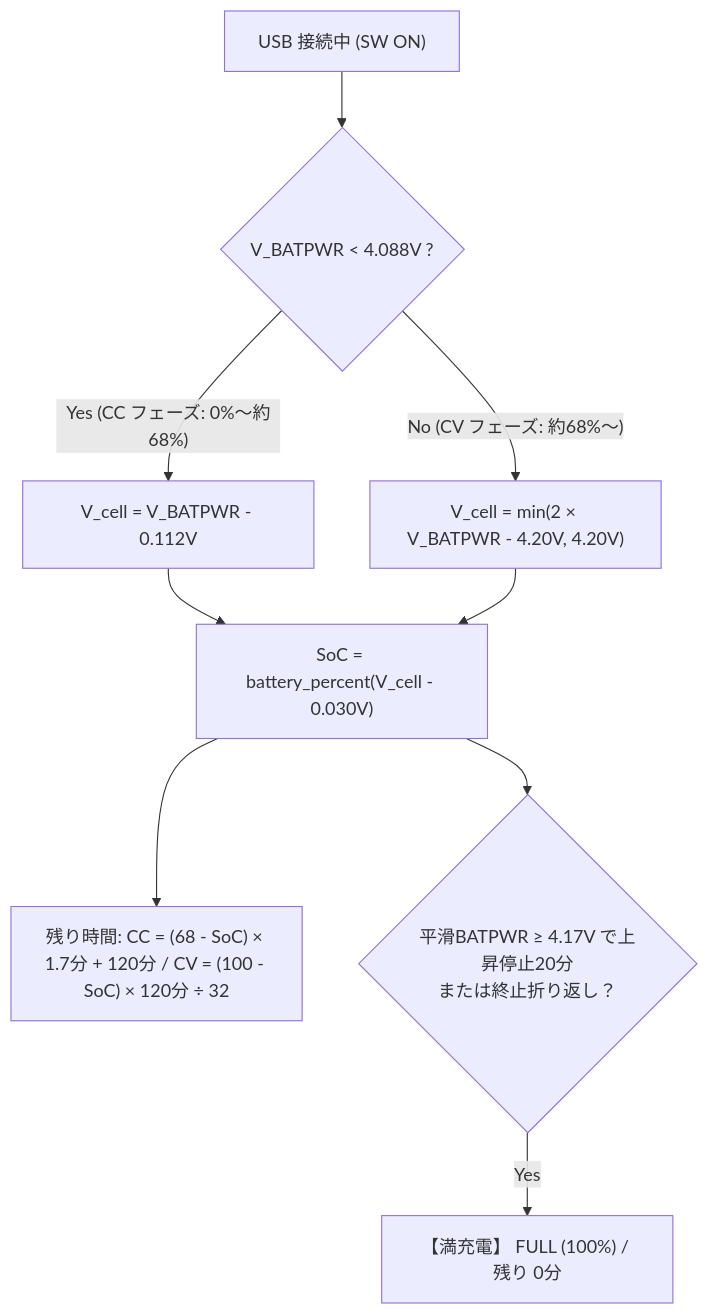
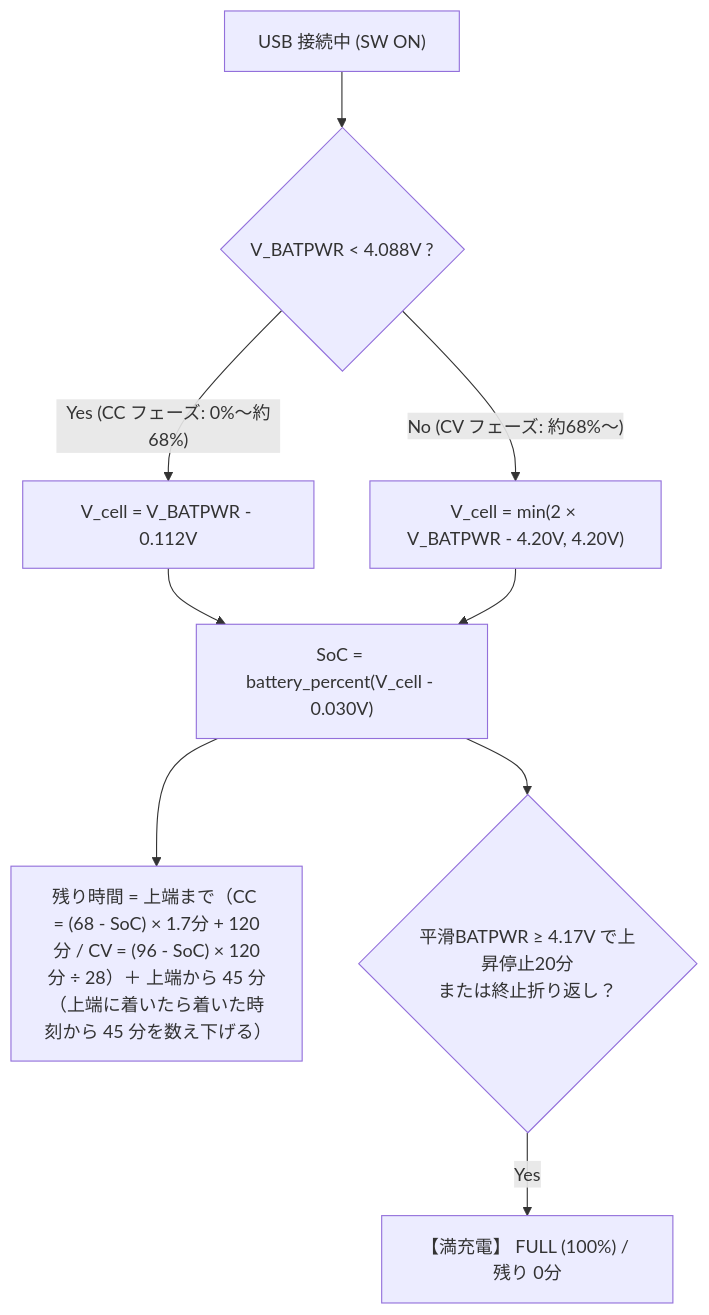
Before and after one commit to MasaoC/GPS-TFT-Map_PONS: the second of 2 diagrams in docs/pons_charge_estimation.md, drawn with Mermaid. The commit also changed other lines of this file and 51 other files, not shown here.

````diff
--- a/docs/pons_charge_estimation.md
+++ b/docs/pons_charge_estimation.md
@@ -104,11 +105,11 @@
 ```mermaid
 flowchart TD
     A["USB 接続中 (SW ON)"] --> B{"V_BATPWR < 4.088V ?"}
     B -->|"Yes (CC フェーズ: 0%〜約68%)"| C["V_cell = V_BATPWR - 0.112V"]
     B -->|"No (CV フェーズ: 約68%〜)"| D["V_cell = min(2 × V_BATPWR - 4.20V, 4.20V)"]
     C --> P["SoC = battery_percent(V_cell - 0.030V)"]
     D --> P
-    P --> R["残り時間: CC = (68 - SoC) × 1.7分 + 120分 / CV = (100 - SoC) × 120分 ÷ 32"]
+    P --> R["残り時間 = 上端まで（CC = (68 - SoC) × 1.7分 + 120分 / CV = (96 - SoC) × 120分 ÷ 28）＋ 上端から 45 分<br>（上端に着いたら着いた時刻から 45 分を数え下げる）"]
     P --> E{"平滑BATPWR ≥ 4.17V で上昇停止20分<br>または終止折り返し？"}
     E -->|"Yes"| F["【満充電】 FULL (100%) / 残り 0分"]
 ```
````
